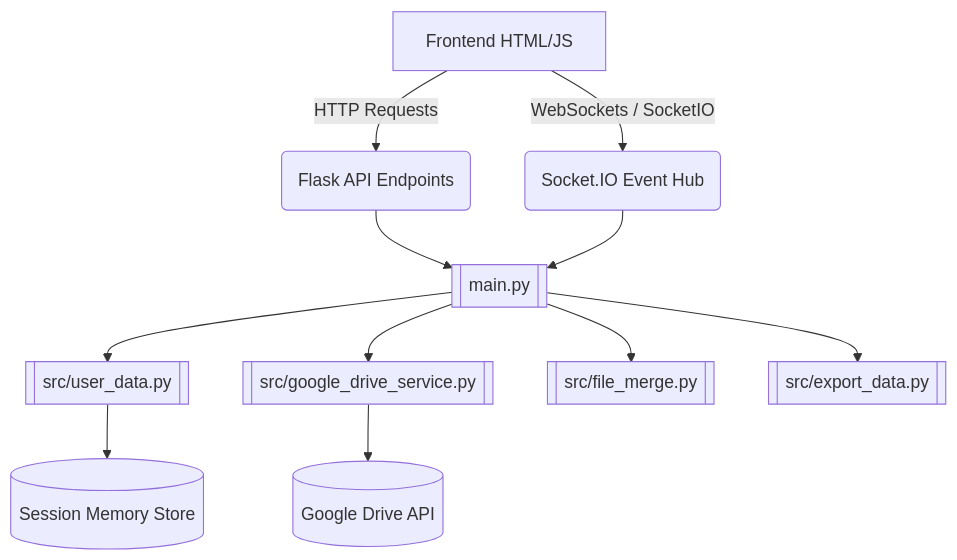
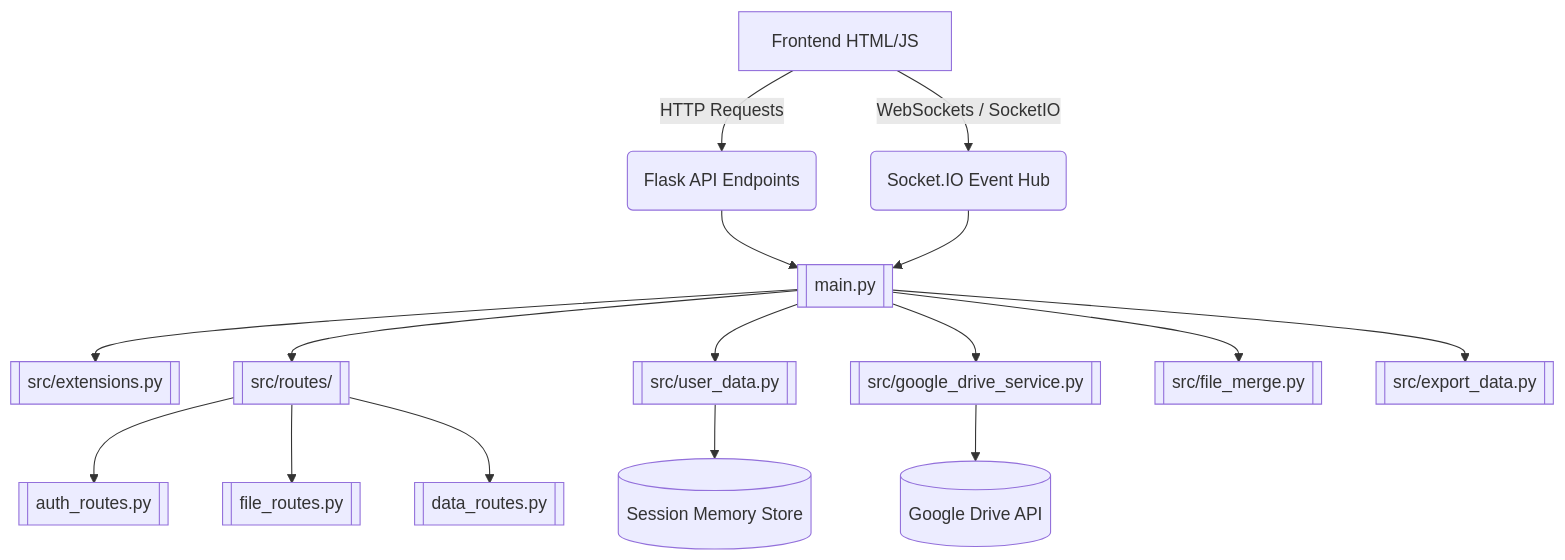
The diagram in easyokapi-knowledge/EASY OKAPI.md (Promethees/microalbumin-Flask), drawn with Mermaid before and after one commit. The commit also changed other lines of this file and 7 other files, not shown here.

````diff
--- a/easyokapi-knowledge/EASY OKAPI.md
+++ b/easyokapi-knowledge/EASY OKAPI.md
@@ -19,16 +19,23 @@
 ```mermaid
 graph TD
     UI[Frontend HTML/JS] -->|WebSockets / SocketIO| WS(Socket.IO Event Hub)
     UI -->|HTTP Requests| API(Flask API Endpoints)
     
     API --> Main[[main.py]]
     WS --> Main
+    
+    Main --> Extensions[[src/extensions.py]]
+    Main --> Routes[[src/routes/]]
+    
+    Routes --> Auth[[auth_routes.py]]
+    Routes --> File[[file_routes.py]]
+    Routes --> Data[[data_routes.py]]
     
     Main --> UserData[[src/user_data.py]]
     Main --> DriveSvc[[src/google_drive_service.py]]
     Main --> FileMerge[[src/file_merge.py]]
     Main --> ExpData[[src/export_data.py]]
     
     UserData --> MemoryStore[(Session Memory Store)]
     DriveSvc --> GoogleCloud[(Google Drive API)]
 ```
````
